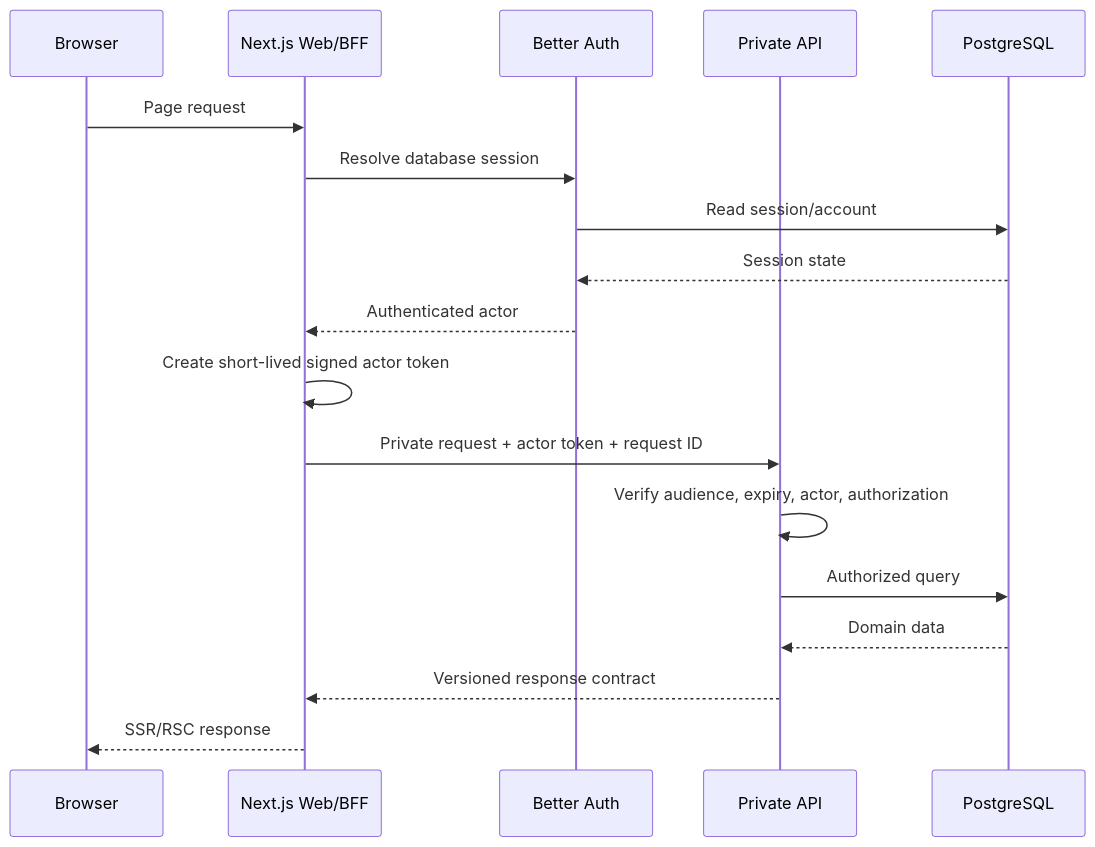
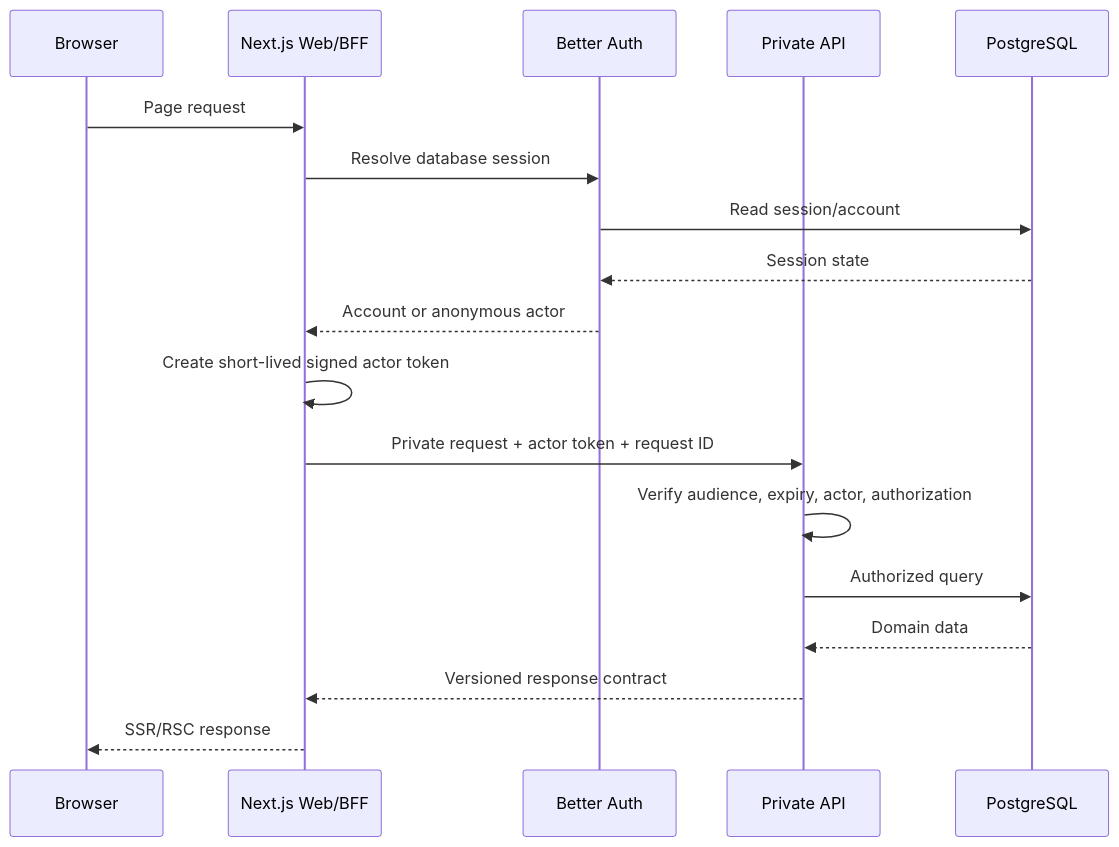
One commit to harris1111/lasoviet.vn changed the second of 7 diagrams in docs/superpowers/specs/2026-08-31-lasoviet-platform-architecture-design.md. Above: the diagram before and after it, drawn with Mermaid. The commit also changed other lines of this file and 30 other files, not shown here.

````diff
--- a/docs/superpowers/specs/2026-08-31-lasoviet-platform-architecture-design.md
+++ b/docs/superpowers/specs/2026-08-31-lasoviet-platform-architecture-design.md
@@ -348,21 +369,21 @@
 ```mermaid
 sequenceDiagram
     participant B as Browser
     participant W as Next.js Web/BFF
     participant Auth as Better Auth
     participant A as Private API
     participant DB as PostgreSQL
 
     B->>W: Page request
     W->>Auth: Resolve database session
     Auth->>DB: Read session/account
     DB-->>Auth: Session state
-    Auth-->>W: Authenticated actor
+    Auth-->>W: Account or anonymous actor
     W->>W: Create short-lived signed actor token
     W->>A: Private request + actor token + request ID
     A->>A: Verify audience, expiry, actor, authorization
     A->>DB: Authorized query
     DB-->>A: Domain data
     A-->>W: Versioned response contract
     W-->>B: SSR/RSC response
 ```
````
